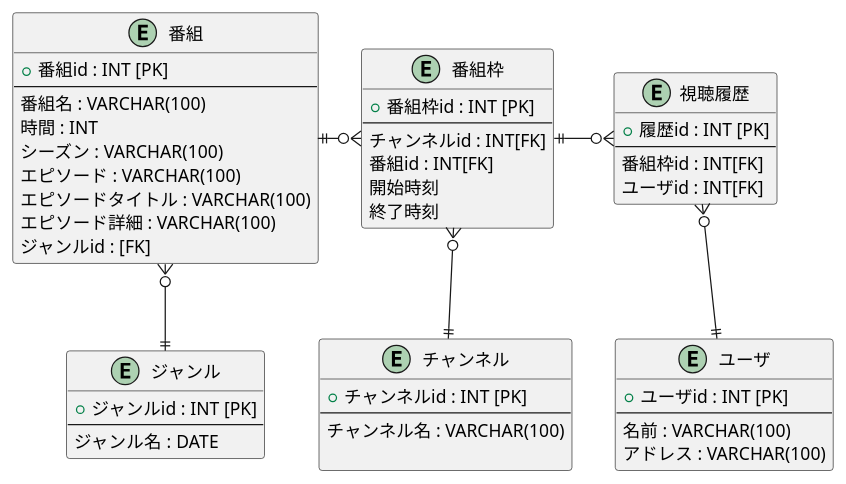
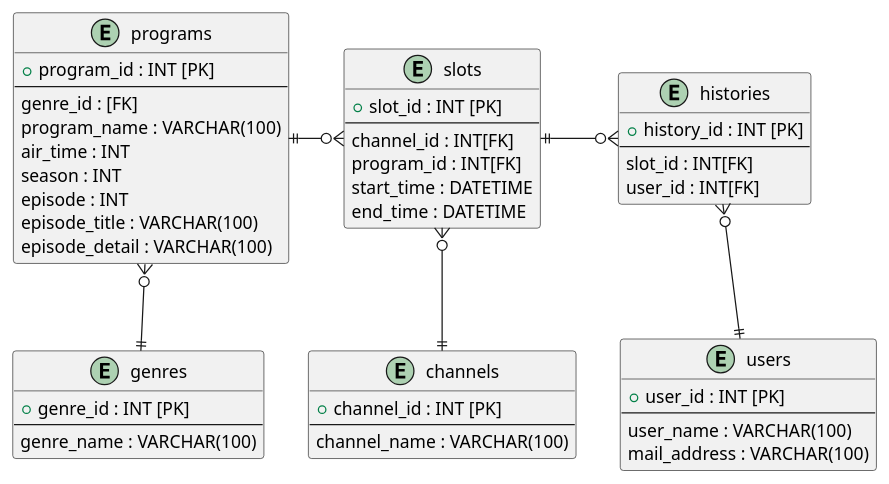
Before and after one commit to Megumin32/internet_tv: the diagram in diagrams/er.puml, drawn with PlantUML. The commit also changed 1 other file, not shown here.

```diff
--- a/diagrams/er.puml
+++ b/diagrams/er.puml
@@ -1,52 +1,51 @@
 @startuml
-entity ユーザ {
-  +ユーザid : INT [PK]
+entity users {
+  +user_id : INT [PK]
   --
-  名前 : VARCHAR(100)
-  アドレス : VARCHAR(100)
+  user_name : VARCHAR(100)
+  mail_address : VARCHAR(100)
 }
 
-entity チャンネル {
-  +チャンネルid : INT [PK]
+entity channels {
+  +channel_id : INT [PK]
   --
-  チャンネル名 : VARCHAR(100)
-
+  channel_name : VARCHAR(100)
 }
-entity 番組 {
-  +番組id : INT [PK]
+entity programs {
+  +program_id : INT [PK]
   --
-  番組名 : VARCHAR(100)
-  時間 : INT
-  シーズン : VARCHAR(100)
-  エピソード : VARCHAR(100)
-  エピソードタイトル : VARCHAR(100)
-  エピソード詳細 : VARCHAR(100)
-  ジャンルid : [FK]
+  genre_id : [FK]
+  program_name : VARCHAR(100)
+  air_time : INT
+  season : INT
+  episode : INT
+  episode_title : VARCHAR(100)
+  episode_detail : VARCHAR(100)
 }
-entity ジャンル {
-  +ジャンルid : INT [PK]
+entity genres {
+  +genre_id : INT [PK]
   --
-  ジャンル名 : DATE
+  genre_name : VARCHAR(100)
 }
 
-entity 番組枠 {
-  +番組枠id : INT [PK]
+entity slots {
+  +slot_id : INT [PK]
   --
-  チャンネルid : INT[FK]
-  番組id : INT[FK]
-  開始時刻
-  終了時刻
+  channel_id : INT[FK]
+  program_id : INT[FK]
+  start_time : DATETIME
+  end_time : DATETIME
 }
-entity 視聴履歴 {
-  +履歴id : INT [PK]
+entity histories {
+  +history_id : INT [PK]
   --
-  番組枠id : INT[FK]
-  ユーザid : INT[FK]
+  slot_id : INT[FK]
+  user_id : INT[FK]
 }
 
-チャンネル ||-u-o{ 番組枠
-番組 ||-r-o{ 番組枠
-番組 }o-d-|| ジャンル
-ユーザ||-u-o{ 視聴履歴
-番組枠||-r-o{ 視聴履歴
+channels ||-u-o{ slots
+programs ||-r-o{ slots
+programs }o-d-|| genres
+users ||-u-o{ histories
+slots ||-r-o{ histories
 @enduml
```
